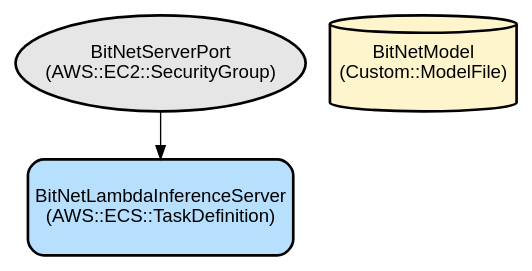
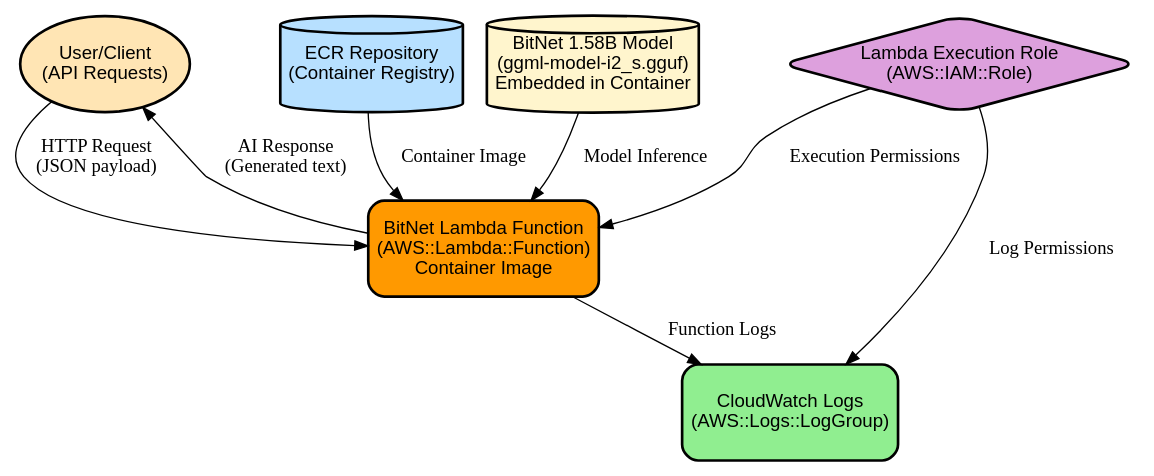
One commit to manu-mishra/one-bit-llm-on-lambda changed the diagram in docs/infra.dot. Above: the diagram before and after it, drawn with Graphviz. The commit also changed 23 other files, not shown here.

```diff
--- a/docs/infra.dot
+++ b/docs/infra.dot
@@ -1,10 +1,31 @@
 digraph INFRA {
-  node [ color = "black", fillcolor = "#E6E6E6", height =1, style = "filled,bold,rounded", fontname = "Arial" ];
-  "BitNetLambdaInferenceServer" [ label = "BitNetLambdaInferenceServer
-(AWS::ECS::TaskDefinition)", shape =rectangle, fillcolor = "#B7E0FF" ];
-  "BitNetModel" [ label = "BitNetModel
-(Custom::ModelFile)", shape =cylinder, fillcolor = "#FFF5CD" ];
-  "BitNetServerPort" [ label = "BitNetServerPort
-(AWS::EC2::SecurityGroup)" ];
-  "BitNetServerPort" -> "BitNetLambdaInferenceServer";
+  rankdir=TB;
+  node [color="black", fillcolor="#E6E6E6", height=1, style="filled,bold,rounded", fontname="Arial"];
+  
+  // User/Client
+  "User" [label="User/Client\n(API Requests)", shape=ellipse, fillcolor="#FFE5B4"];
+  
+  // AWS Lambda Function
+  "BitNetLambda" [label="BitNet Lambda Function\n(AWS::Lambda::Function)\nContainer Image", shape=rectangle, fillcolor="#FF9900"];
+  
+  // ECR Repository
+  "ECRRepo" [label="ECR Repository\n(Container Registry)", shape=cylinder, fillcolor="#B7E0FF"];
+  
+  // CloudWatch Logs
+  "CloudWatchLogs" [label="CloudWatch Logs\n(AWS::Logs::LogGroup)", shape=rectangle, fillcolor="#90EE90"];
+  
+  // BitNet Model
+  "BitNetModel" [label="BitNet 1.58B Model\n(ggml-model-i2_s.gguf)\nEmbedded in Container", shape=cylinder, fillcolor="#FFF5CD"];
+  
+  // IAM Role
+  "LambdaRole" [label="Lambda Execution Role\n(AWS::IAM::Role)", shape=diamond, fillcolor="#DDA0DD"];
+  
+  // Relationships
+  "User" -> "BitNetLambda" [label="HTTP Request\n(JSON payload)"];
+  "BitNetLambda" -> "User" [label="AI Response\n(Generated text)"];
+  "ECRRepo" -> "BitNetLambda" [label="Container Image"];
+  "BitNetLambda" -> "CloudWatchLogs" [label="Function Logs"];
+  "BitNetModel" -> "BitNetLambda" [label="Model Inference"];
+  "LambdaRole" -> "BitNetLambda" [label="Execution Permissions"];
+  "LambdaRole" -> "CloudWatchLogs" [label="Log Permissions"];
 }
```
